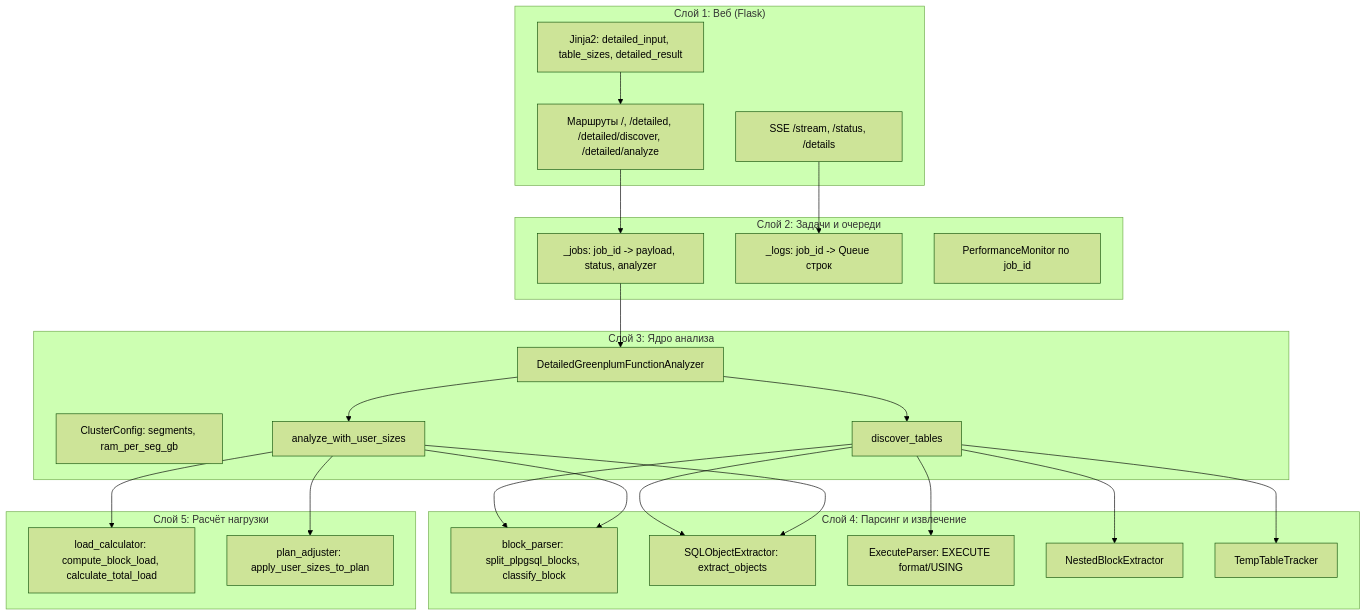
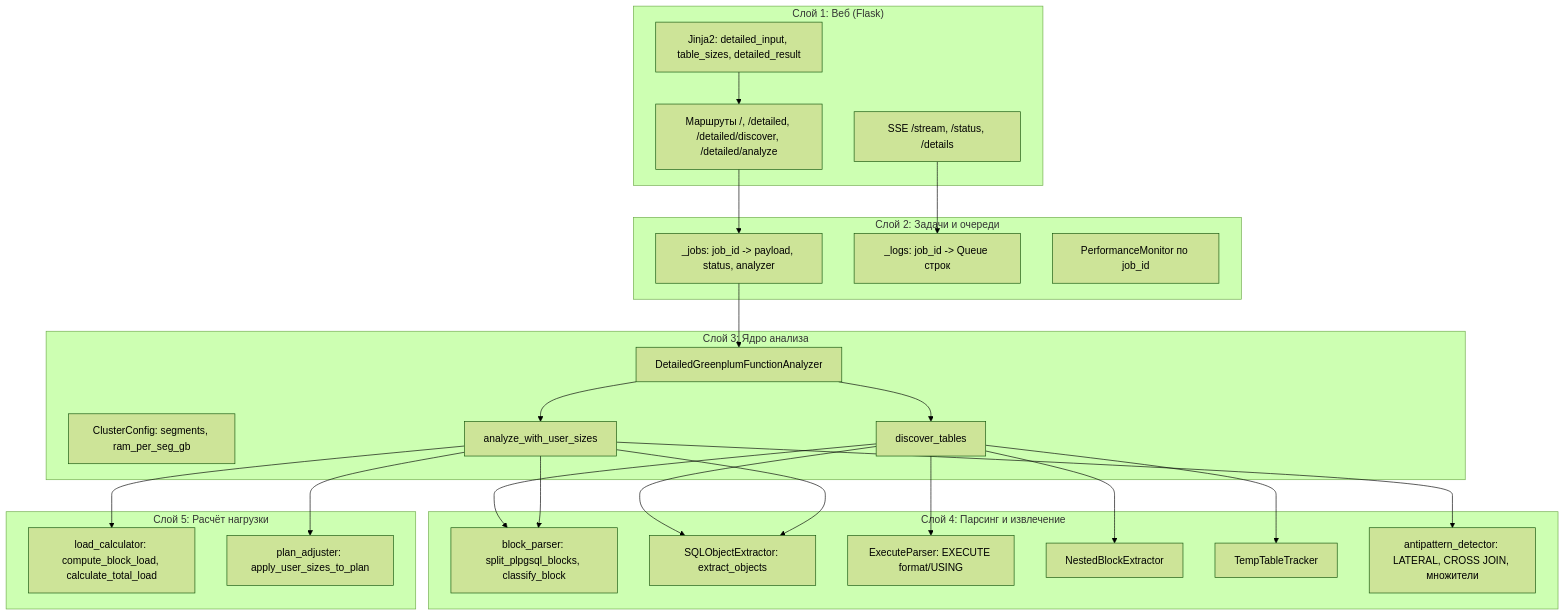
Before and after one commit to SolonnikovDV/gpa_analyzer: the fourth of 5 diagrams in README.md, drawn with Mermaid (forest theme). The commit also changed other lines of this file and 26 other files, not shown here.

````diff
--- a/README.md
+++ b/README.md
@@ -340,50 +399,52 @@
 ```mermaid
 flowchart TB
     subgraph Layer1["Слой 1: Веб (Flask)"]
         Routes[Маршруты /, /detailed, /detailed/discover, /detailed/analyze]
         SSE[SSE /stream, /status, /details]
         Templates[Jinja2: detailed_input, table_sizes, detailed_result]
     end
 
     subgraph Layer2["Слой 2: Задачи и очереди"]
         Jobs[_jobs: job_id -> payload, status, analyzer]
         Logs[_logs: job_id -> Queue строк]
         Monitor[PerformanceMonitor по job_id]
     end
 
     subgraph Layer3["Слой 3: Ядро анализа"]
         AnalyzerCore[DetailedGreenplumFunctionAnalyzer]
         Config[ClusterConfig: segments, ram_per_seg_gb]
         Discover[discover_tables]
         Analyze[analyze_with_user_sizes]
     end
 
     subgraph Layer4["Слой 4: Парсинг и извлечение"]
         BlockParser[block_parser: split_plpgsql_blocks, classify_block]
         SQLObj[SQLObjectExtractor: extract_objects]
         ExecParser[ExecuteParser: EXECUTE format/USING]
         Nested[NestedBlockExtractor]
         TempTrack[TempTableTracker]
+        AntiPattern[antipattern_detector: LATERAL, CROSS JOIN, множители]
     end
 
     subgraph Layer5["Слой 5: Расчёт нагрузки"]
         LoadCalc[load_calculator: compute_block_load, calculate_total_load]
         PlanAdj[plan_adjuster: apply_user_sizes_to_plan]
     end
 
     Routes --> Jobs
     SSE --> Logs
     Templates --> Routes
     Jobs --> AnalyzerCore
     AnalyzerCore --> Discover
     AnalyzerCore --> Analyze
     Discover --> BlockParser
     Discover --> SQLObj
     Discover --> ExecParser
     Discover --> Nested
     Discover --> TempTrack
+    Analyze --> AntiPattern
     Analyze --> LoadCalc
     Analyze --> PlanAdj
     Analyze --> BlockParser
     Analyze --> SQLObj
 ```
````
